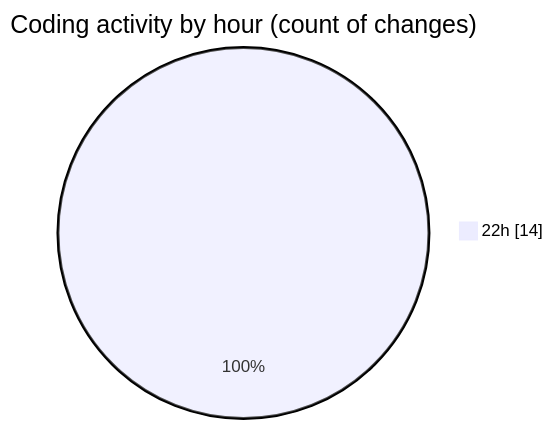
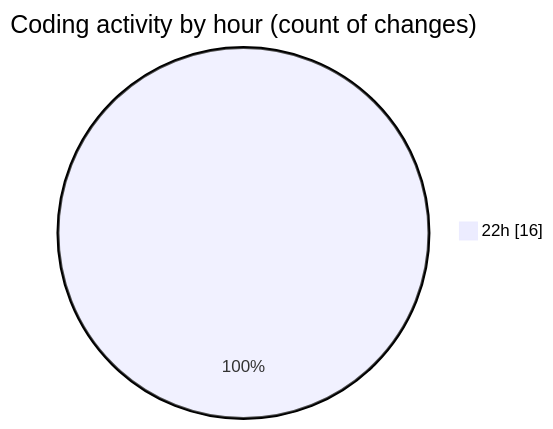
Before and after one commit to lephambinh05/code-tracking: the second of 2 diagrams in 2025-07-10/getmailotp/README.md, drawn with Mermaid. The commit also changed other lines of this file and 1 other file, not shown here.

````diff
--- a/2025-07-10/getmailotp/README.md
+++ b/2025-07-10/getmailotp/README.md
@@ -30,5 +30,5 @@
 ```mermaid
 pie showData
 title Coding activity by hour (count of changes)
-"22h" : 14
+"22h" : 16
 ```
````
